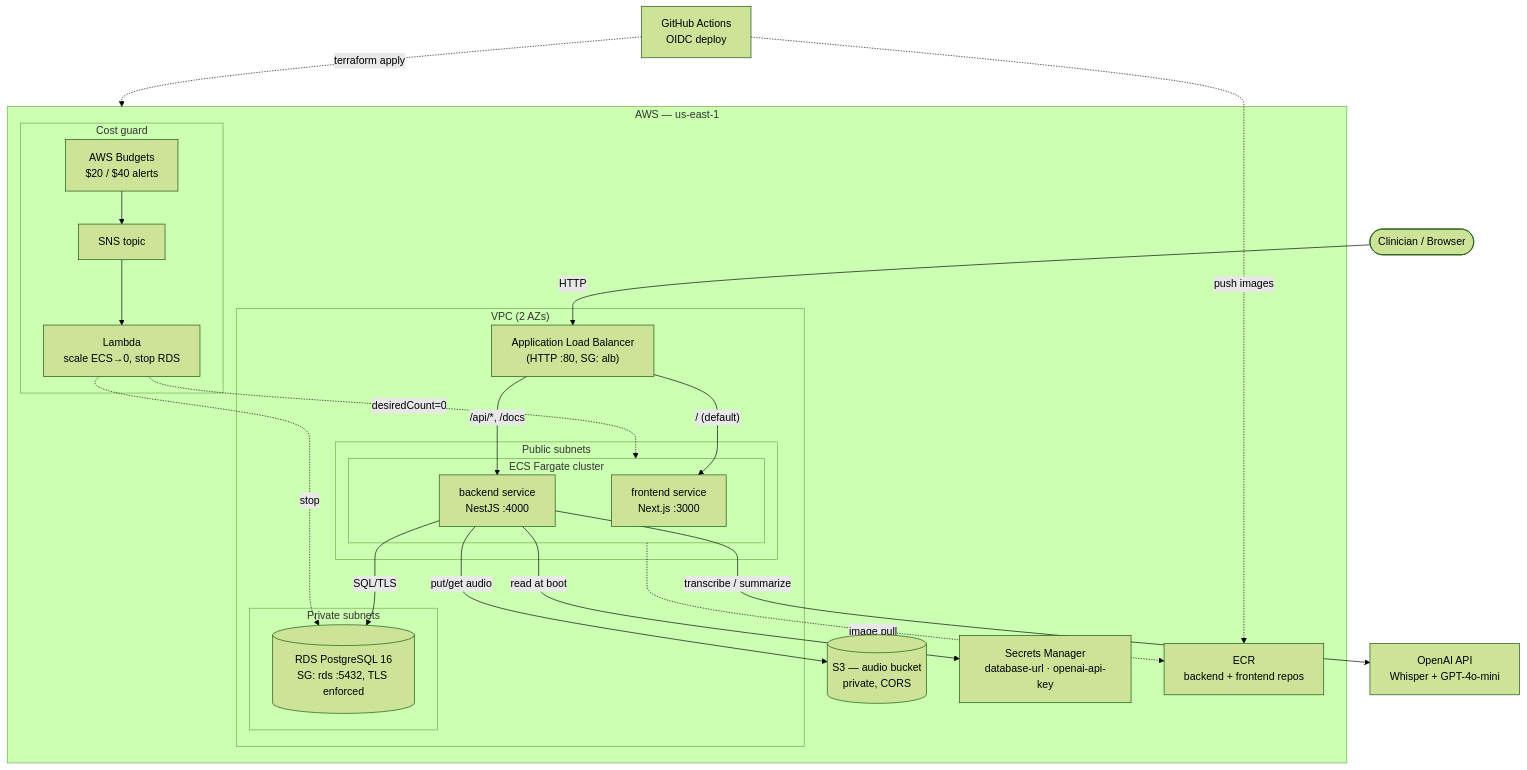
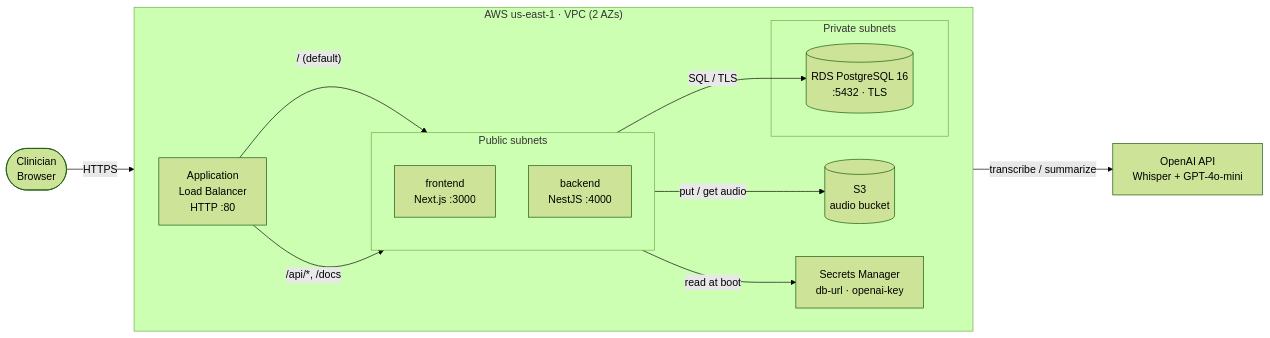
The first of 6 diagrams in docs/architecture.md (EmmanuelPerezP/scrai), drawn with Mermaid (forest theme) before and after one commit. The commit also changed other lines of this file and 2 other files, not shown here.

Commit message:
docs: live-transcription design + clearer architecture charts
Add docs/live-transcription-design.md — a proposal for a real-time
"Record live" mode (OpenAI Realtime + server-minted ephemeral token),
with component + sequence diagrams, reuse map, effort estimate, and
alternatives.

Split the dense AWS architecture diagram into two — runtime topology
and operations/cost-guard — to fix overlapping edge labels. Link the
new doc from the README. All diagrams validated with mermaid-cli and
eyeballed as PNGs.

````diff
--- a/docs/architecture.md
+++ b/docs/architecture.md
@@ -23,50 +28,32 @@
 ```mermaid
-flowchart TB
-    user([Clinician / Browser])
+flowchart LR
+    user([Clinician<br/>Browser])
 
-    subgraph aws["AWS — us-east-1"]
-        subgraph vpc["VPC (2 AZs)"]
-            alb["Application Load Balancer<br/>(HTTP :80, SG: alb)"]
+    subgraph aws["AWS us-east-1 · VPC (2 AZs)"]
+        direction LR
+        alb["Application<br/>Load Balancer<br/>HTTP :80"]
 
-            subgraph public["Public subnets"]
-                subgraph cluster["ECS Fargate cluster"]
-                    fe["frontend service<br/>Next.js :3000"]
-                    be["backend service<br/>NestJS :4000"]
-                end
-            end
-
-            subgraph private["Private subnets"]
-                rds[("RDS PostgreSQL 16<br/>SG: rds :5432, TLS enforced")]
-            end
+        subgraph public["Public subnets"]
+            direction TB
+            fe["frontend<br/>Next.js :3000"]
+            be["backend<br/>NestJS :4000"]
         end
 
-        s3[("S3 — audio bucket<br/>private, CORS")]
-        secrets["Secrets Manager<br/>database-url · openai-api-key"]
-        ecr["ECR<br/>backend + frontend repos"]
+        subgraph private["Private subnets"]
+            rds[("RDS PostgreSQL 16<br/>:5432 · TLS")]
+        end
 
-        subgraph guard["Cost guard"]
-            budget["AWS Budgets<br/>$20 / $40 alerts"]
-            sns["SNS topic"]
-            lambda["Lambda<br/>scale ECS→0, stop RDS"]
-        end
+        s3[("S3<br/>audio bucket")]
+        secrets["Secrets Manager<br/>db-url · openai-key"]
     end
 
     openai["OpenAI API<br/>Whisper + GPT-4o-mini"]
-    gha["GitHub Actions<br/>OIDC deploy"]
 
-    user -->|"HTTP"| alb
+    user -->|HTTPS| alb
     alb -->|"/ (default)"| fe
     alb -->|"/api/*, /docs"| be
-    be -->|"SQL/TLS"| rds
-    be -->|"put/get audio"| s3
-    be -->|"read at boot"| secrets
-    be -->|"transcribe / summarize"| openai
-    cluster -.->|"image pull"| ecr
-
-    budget --> sns --> lambda
-    lambda -.->|"desiredCount=0"| cluster
-    lambda -.->|"stop"| rds
-
-    gha -.->|"push images"| ecr
-    gha -.->|"terraform apply"| aws
+    be -->|SQL / TLS| rds
+    be -->|put / get audio| s3
+    be -->|read at boot| secrets
+    be -->|transcribe / summarize| openai
 ```
````
